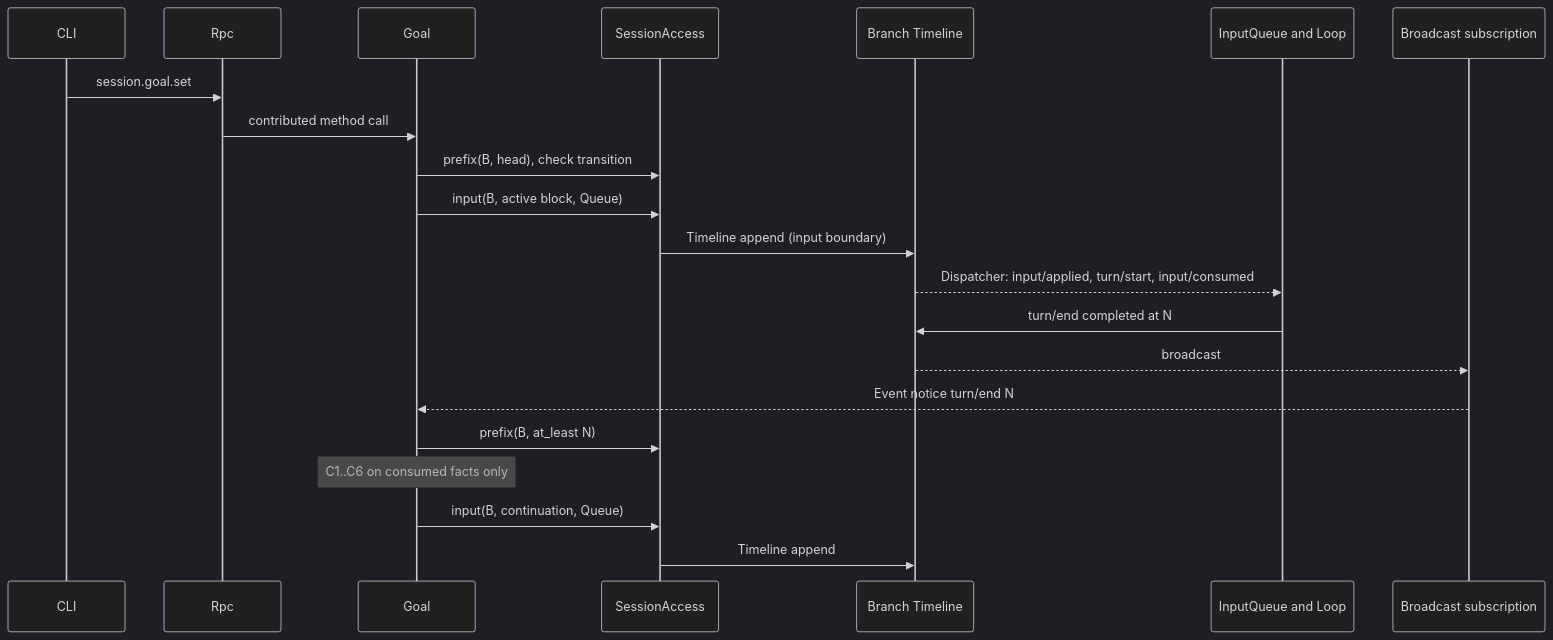
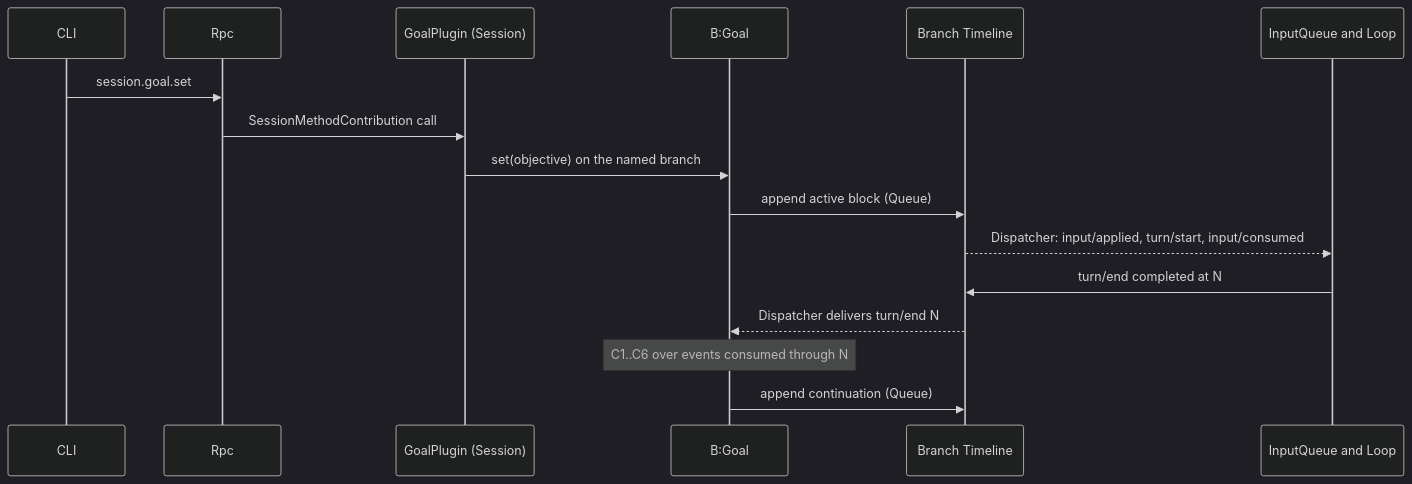
Before and after one commit to CoutinhoTTS/dim-agent: the third of 6 diagrams in docs/design/plugins/Goal.md, drawn with Mermaid (dark theme). The commit also changed other lines of this file and 3 other files, not shown here.

Commit message:
docs(design): rescope Questions, Goal, ShellInput and Attachments per ADR 002

````diff
--- a/docs/design/plugins/Goal.md
+++ b/docs/design/plugins/Goal.md
@@ -86,23 +85,18 @@
 ```mermaid
 sequenceDiagram
   participant CLI
   participant Rpc
-  participant Goal
-  participant SA as SessionAccess
+  participant GS as GoalPlugin (Session)
+  participant G as B:Goal
   participant TL as Branch Timeline
   participant IQ as InputQueue and Loop
-  participant SE as Broadcast subscription
   CLI->>Rpc: session.goal.set
-  Rpc->>Goal: contributed method call
-  Goal->>SA: prefix(B, head), check transition
-  Goal->>SA: input(B, active block, Queue)
-  SA->>TL: Timeline append (input boundary)
+  Rpc->>GS: SessionMethodContribution call
+  GS->>G: set(objective) on the named branch
+  G->>TL: append active block (Queue)
   TL-->>IQ: Dispatcher: input/applied, turn/start, input/consumed
   IQ->>TL: turn/end completed at N
-  TL-->>SE: broadcast
-  SE-->>Goal: Event notice turn/end N
-  Goal->>SA: prefix(B, at_least N)
-  Note over Goal: C1..C6 on consumed facts only
-  Goal->>SA: input(B, continuation, Queue)
-  SA->>TL: Timeline append
+  TL-->>G: Dispatcher delivers turn/end N
+  Note over G: C1..C6 over events consumed through N
+  G->>TL: append continuation (Queue)
 ```
````
